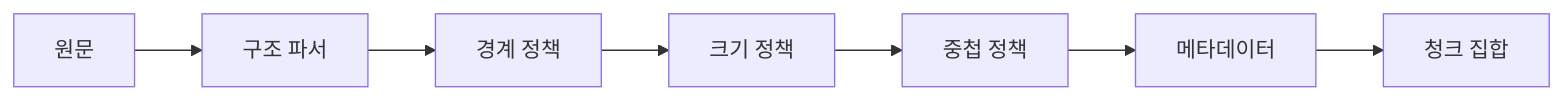
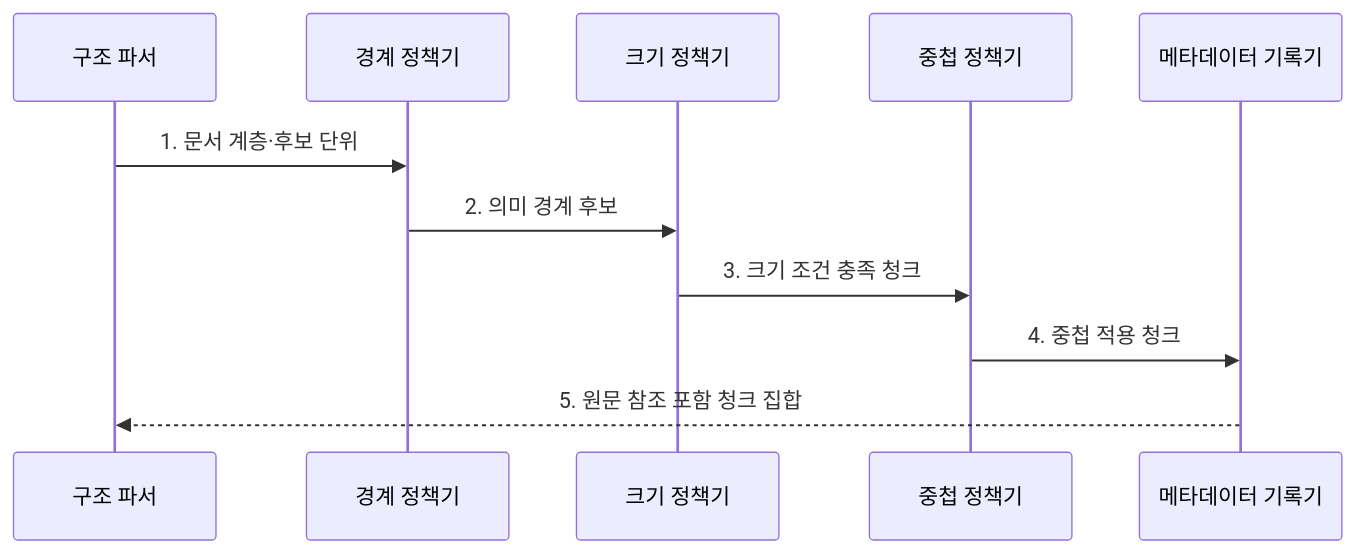
The second of 2 diagrams in src/content/docs/notes/08-latest-tech/077_chunking.md (agnusdei1207/knowledge-base), drawn with Mermaid before and after one commit. The commit also changed other lines of this file and 23 other files, not shown here.

````diff
--- a/src/content/docs/notes/08-latest-tech/077_chunking.md
+++ b/src/content/docs/notes/08-latest-tech/077_chunking.md
@@ -51,9 +79,13 @@
 ```mermaid
-flowchart LR
-    D[원문] --> P[구조 파서]
-    P --> B[경계 정책]
-    B --> S[크기 정책]
-    S --> O[중첩 정책]
-    O --> M[메타데이터]
-    M --> C[청크 집합]
+sequenceDiagram
+  participant P as 구조 파서
+  participant B as 경계 정책기
+  participant S as 크기 정책기
+  participant O as 중첩 정책기
+  participant M as 메타데이터 기록기
+  P->>B: 1. 문서 계층·후보 단위
+  B->>S: 2. 의미 경계 후보
+  S->>O: 3. 크기 조건 충족 청크
+  O->>M: 4. 중첩 적용 청크
+  M-->>P: 5. 원문 참조 포함 청크 집합
 ```
````
